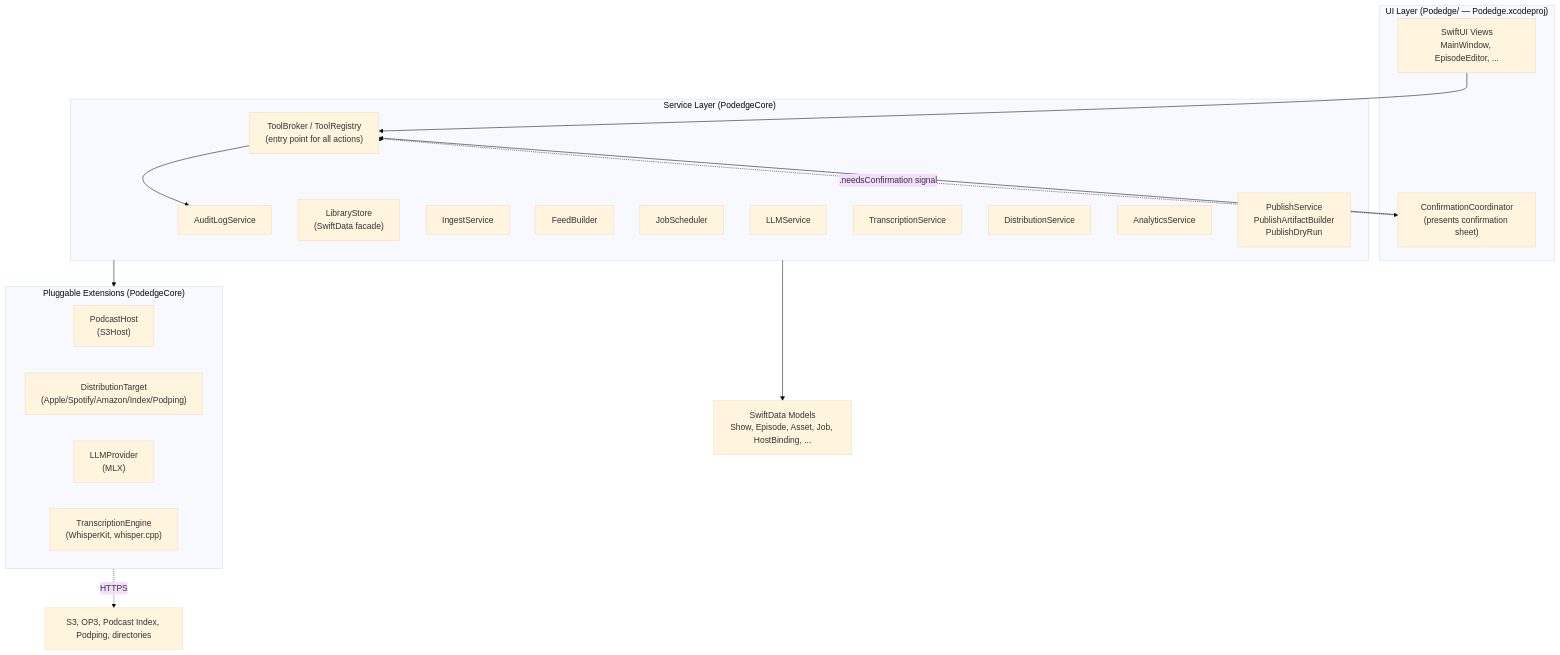
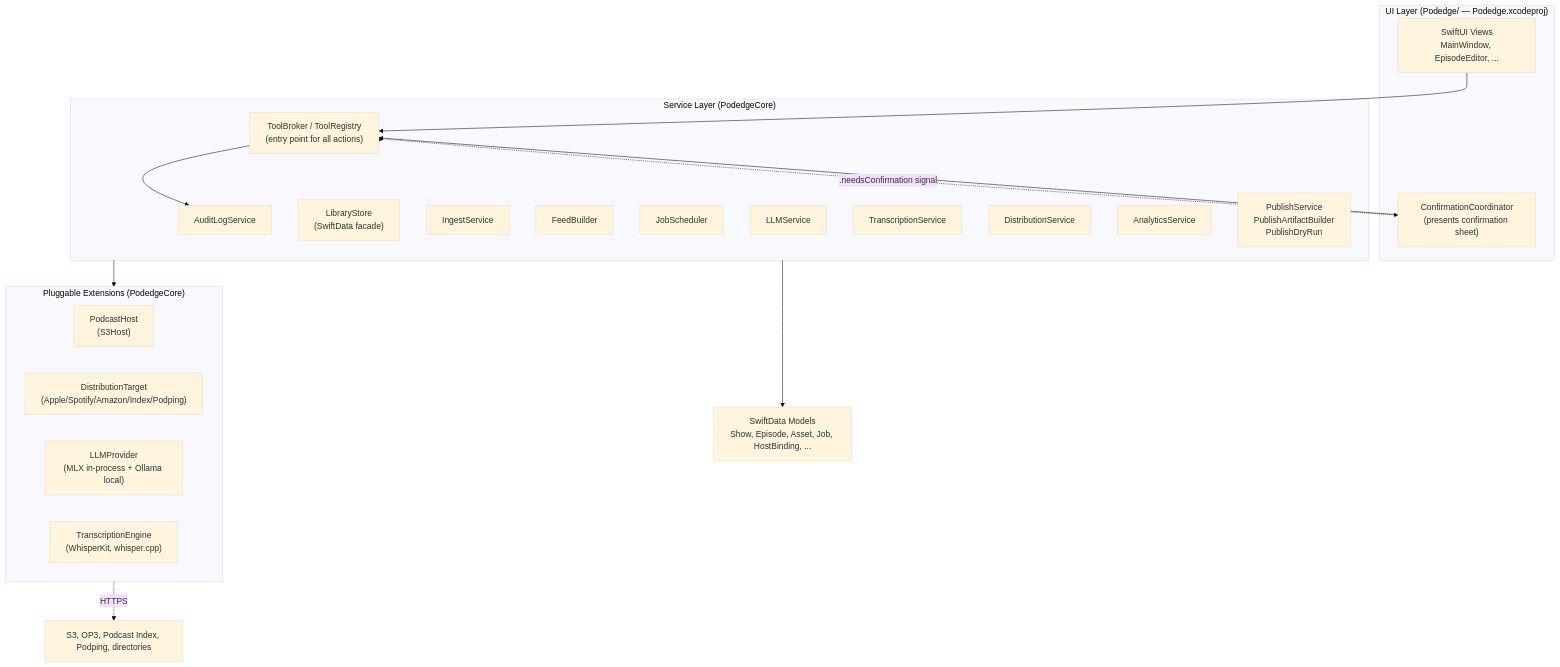
Before and after one commit to rjourdan/podedge: the first of 2 diagrams in docs/dev/mental-model.md, drawn with Mermaid (base theme). The commit also changed other lines of this file and 32 other files, not shown here.

````diff
--- a/docs/dev/mental-model.md
+++ b/docs/dev/mental-model.md
@@ -31,36 +34,36 @@
 ```mermaid
 flowchart TB
     subgraph UI["UI Layer (Podedge/ — Podedge.xcodeproj)"]
         Views["SwiftUI Views<br/>MainWindow, EpisodeEditor, ..."]
         Confirm["ConfirmationCoordinator<br/>(presents confirmation sheet)"]
     end
     subgraph Services["Service Layer (PodedgeCore)"]
         Broker["ToolBroker / ToolRegistry<br/>(entry point for all actions)"]
         Audit["AuditLogService"]
         Library["LibraryStore<br/>(SwiftData facade)"]
         Ingest["IngestService"]
         Feed["FeedBuilder"]
         Jobs["JobScheduler"]
         LLM["LLMService"]
         Trans["TranscriptionService"]
         Dist["DistributionService"]
         Anal["AnalyticsService"]
         Publish["PublishService<br/>PublishArtifactBuilder<br/>PublishDryRun"]
     end
     subgraph Ext["Pluggable Extensions (PodedgeCore)"]
         Hosts["PodcastHost<br/>(S3Host)"]
         Targets["DistributionTarget<br/>(Apple/Spotify/Amazon/Index/Podping)"]
-        LLMs["LLMProvider<br/>(MLX)"]
+        LLMs["LLMProvider<br/>(MLX in-process + Ollama local)"]
         Engines["TranscriptionEngine<br/>(WhisperKit, whisper.cpp)"]
     end
     Models["SwiftData Models<br/>Show, Episode, Asset, Job, HostBinding, ..."]
 
     Views --> Broker
     Broker -. ".needsConfirmation signal" .-> Confirm
     Confirm --> Broker
     Broker --> Audit
     Broker --> Services
     Services --> Models
     Services --> Ext
     Ext -.->|HTTPS| World["S3, OP3, Podcast Index, Podping, directories"]
 ```
````
